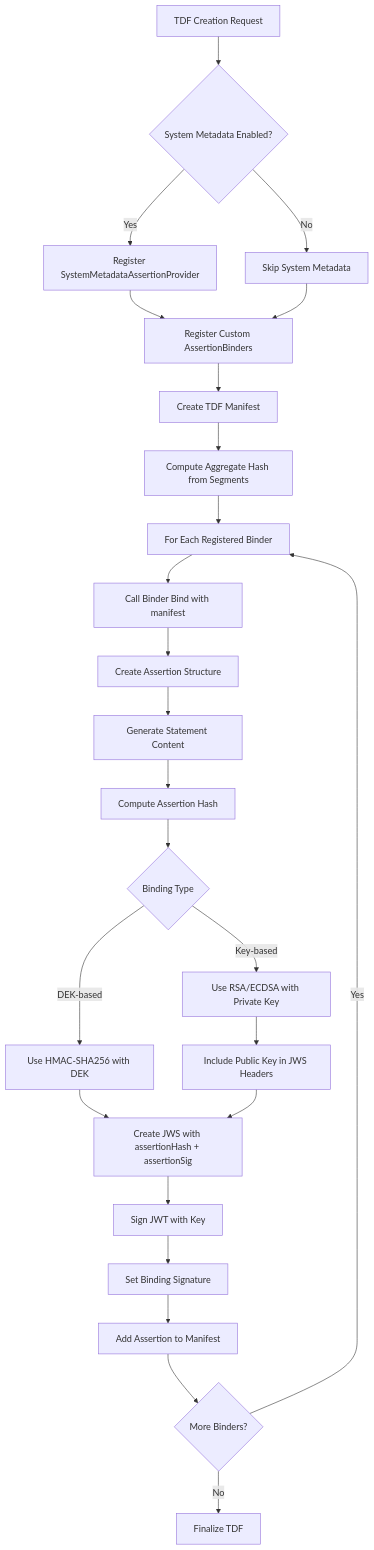
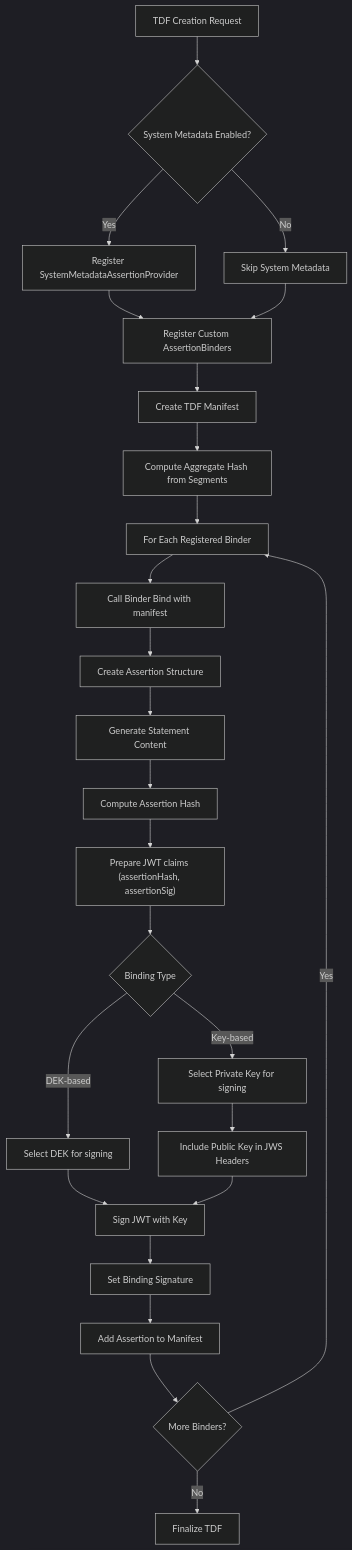
The first of 2 diagrams in docs/Assertions.md (opentdf/platform), drawn with Mermaid before and after one commit. The commit also changed other lines of this file, not shown here.

Commit message:
docs(assertions): fix diagram

````diff
--- a/docs/Assertions.md
+++ b/docs/Assertions.md
@@ -15,33 +15,40 @@
 ```mermaid
+---
+config:
+  theme: dark
+---
 flowchart TD
     %% Assertion Creation Phase
     A[TDF Creation Request] --> B{System Metadata Enabled?}
     B -->|Yes| C[Register SystemMetadataAssertionProvider]
     B -->|No| D[Skip System Metadata]
     C --> E[Register Custom AssertionBinders]
     D --> E
     E --> F[Create TDF Manifest]
     F --> G[Compute Aggregate Hash from Segments]
 
     %% Binding Process
     G --> H[For Each Registered Binder]
     H --> I[Call Binder Bind with manifest]
     I --> J[Create Assertion Structure]
     J --> K[Generate Statement Content]
     K --> L[Compute Assertion Hash]
-    L --> M{Binding Type}
 
-    M -->|DEK-based| N[Use HMAC-SHA256 with DEK]
-    M -->|Key-based| O[Use RSA/ECDSA with Private Key]
+    P["Prepare JWT claims (assertionHash, assertionSig)"]
+    L --> P
 
-    N --> P[Create JWS with assertionHash + assertionSig]
+    P --> M{Binding Type}
+    M -->|DEK-based| N[Select DEK for signing]
+    M -->|Key-based| O[Select Private Key for signing]
+
     O --> Q[Include Public Key in JWS Headers]
-    Q --> P
 
-    P --> R[Sign JWT with Key]
+    N --> R[Sign JWT with Key]
+    Q --> R
+
     R --> S[Set Binding Signature]
     S --> T[Add Assertion to Manifest]
     T --> U{More Binders?}
     U -->|Yes| H
     U -->|No| V[Finalize TDF]
 ```
````
